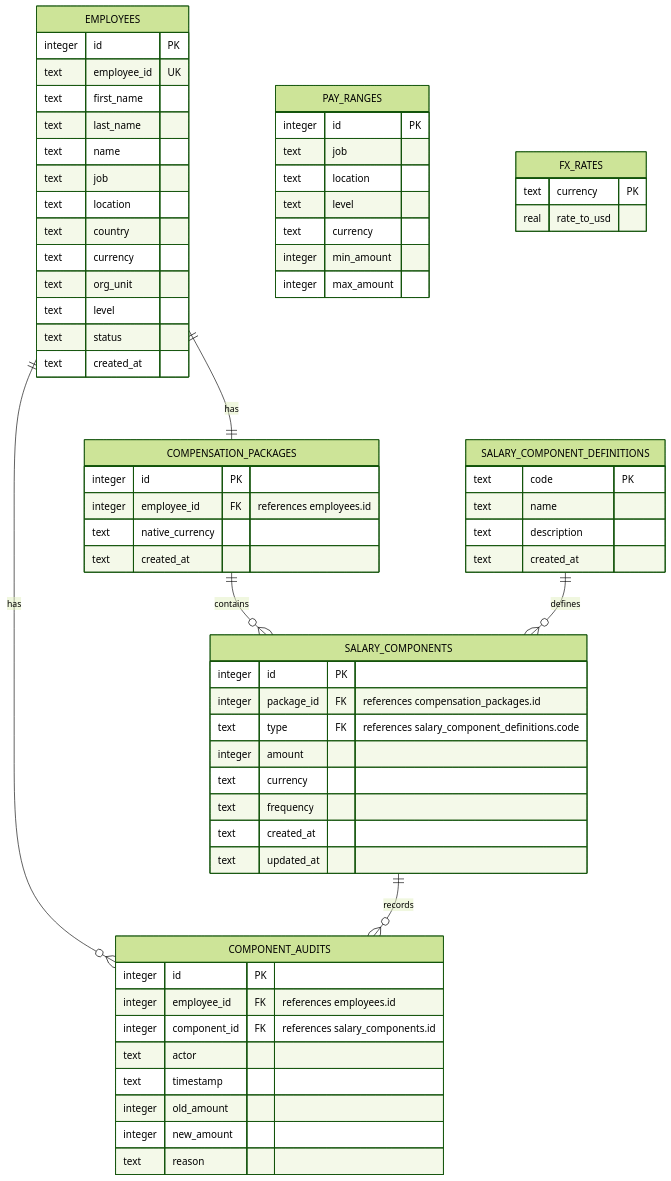
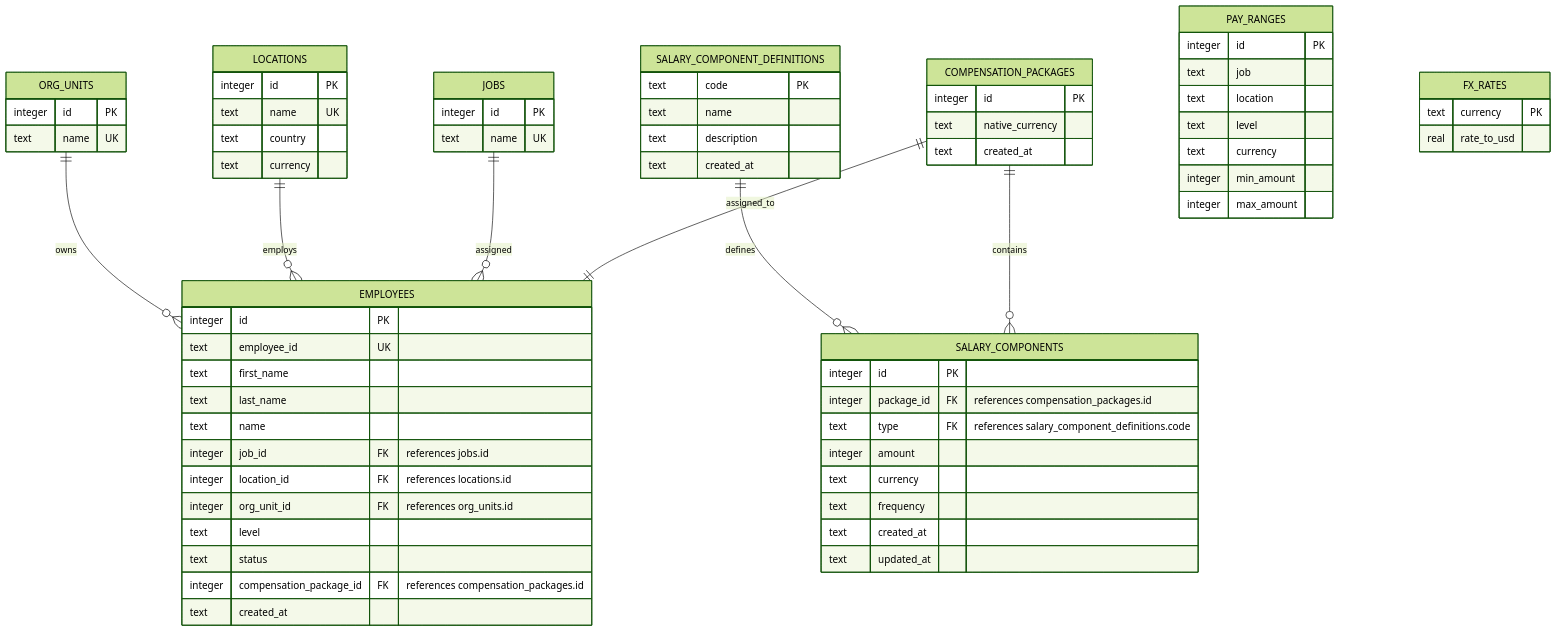
One commit to Cpreet/incubyte_test changed the diagram in docs/erd.md. Above: the diagram before and after it, drawn with Mermaid (forest theme). The commit also changed other lines of this file, not shown here.

Commit message:
docs: explain salary management erd

````diff
--- a/docs/erd.md
+++ b/docs/erd.md
@@ -3,75 +6,80 @@
 ```mermaid
 erDiagram
-  EMPLOYEES ||--|| COMPENSATION_PACKAGES : has
+  COMPENSATION_PACKAGES ||--|| EMPLOYEES : assigned_to
+  JOBS ||--o{ EMPLOYEES : assigned
+  LOCATIONS ||--o{ EMPLOYEES : employs
+  ORG_UNITS ||--o{ EMPLOYEES : owns
   COMPENSATION_PACKAGES ||--o{ SALARY_COMPONENTS : contains
   SALARY_COMPONENT_DEFINITIONS ||--o{ SALARY_COMPONENTS : defines
-  EMPLOYEES ||--o{ COMPONENT_AUDITS : has
-  SALARY_COMPONENTS ||--o{ COMPONENT_AUDITS : records
 
   EMPLOYEES {
     integer id PK
     text employee_id UK
     text first_name
     text last_name
     text name
-    text job
-    text location
-    text country
-    text currency
-    text org_unit
+    integer job_id FK "references jobs.id"
+    integer location_id FK "references locations.id"
+    integer org_unit_id FK "references org_units.id"
     text level
     text status
+    integer compensation_package_id FK "references compensation_packages.id"
     text created_at
   }
 
   COMPENSATION_PACKAGES {
     integer id PK
-    integer employee_id FK "references employees.id"
     text native_currency
     text created_at
+  }
+
+  JOBS {
+    integer id PK
+    text name UK
+  }
+
+  LOCATIONS {
+    integer id PK
+    text name UK
+    text country
+    text currency
+  }
+
+  ORG_UNITS {
+    integer id PK
+    text name UK
   }
 
   SALARY_COMPONENT_DEFINITIONS {
     text code PK
     text name
     text description
     text created_at
   }
 
   SALARY_COMPONENTS {
     integer id PK
     integer package_id FK "references compensation_packages.id"
     text type FK "references salary_component_definitions.code"
     integer amount
     text currency
     text frequency
     text created_at
     text updated_at
   }
 
-  COMPONENT_AUDITS {
-    integer id PK
-    integer employee_id FK "references employees.id"
-    integer component_id FK "references salary_components.id"
-    text actor
-    text timestamp
-    integer old_amount
-    integer new_amount
-    text reason
-  }
-
   PAY_RANGES {
     integer id PK
     text job
     text location
     text level
     text currency
     integer min_amount
     integer max_amount
   }
 
   FX_RATES {
     text currency PK
     real rate_to_usd
   }
 ```
````
